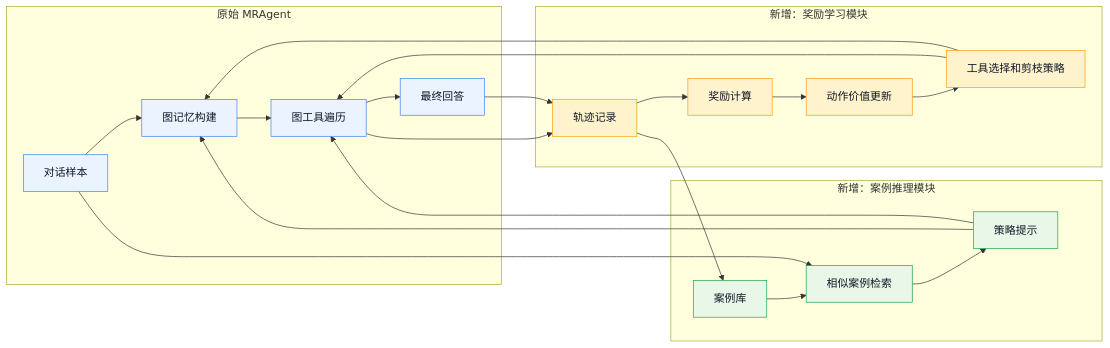
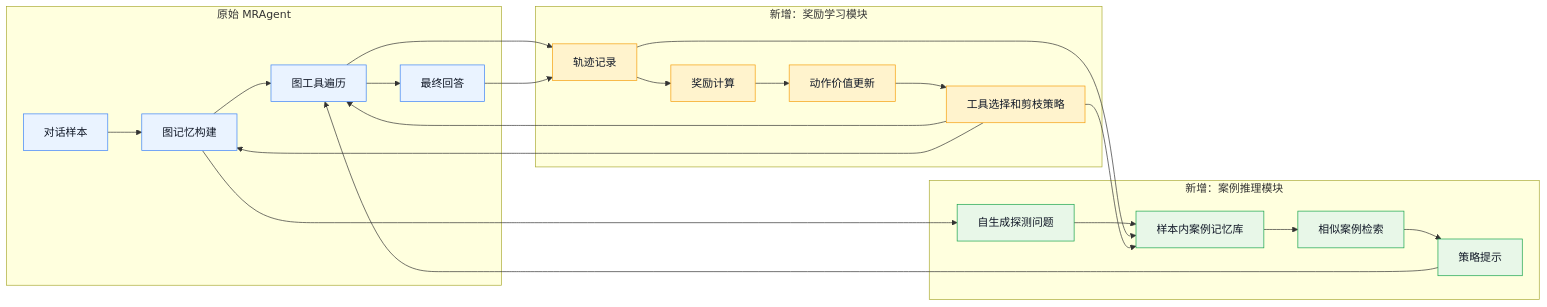
Before and after one commit to sunyia123/MRAgent-Reproduction: the fourth of 4 diagrams in reports/mragent_vlm_cbr_qlearning_design_20260702.md, drawn with Mermaid. The commit also changed other lines of this file, not shown here.

Commit message:
docs: refine CBR probe and Q-learning module design

````diff
--- a/reports/mragent_vlm_cbr_qlearning_design_20260702.md
+++ b/reports/mragent_vlm_cbr_qlearning_design_20260702.md
@@ -333,35 +403,36 @@
 ```mermaid
 flowchart LR
     subgraph 原始_MRAgent["原始 MRAgent"]
         A["对话样本"] --> B["图记忆构建"]
         B --> C["图工具遍历"]
         C --> D["最终回答"]
     end
 
     subgraph 新增_CBR["新增：案例推理模块"]
-        E["案例库"] --> F["相似案例检索"]
-        F --> G["策略提示"]
+        E["自生成探测问题"] --> F["样本内案例记忆库"]
+        F --> G["相似案例检索"]
+        G --> N["策略提示"]
     end
 
     subgraph 新增_Q学习["新增：奖励学习模块"]
         H["轨迹记录"] --> I["奖励计算"]
         I --> J["动作价值更新"]
         J --> K["工具选择和剪枝策略"]
     end
 
-    A --> F
-    G --> B
-    G --> C
+    B --> E
+    N --> C
     C --> H
     D --> H
+    H --> F
     K --> C
     K --> B
-    H --> E
+    K --> F
 
     classDef old fill:#eaf3ff,stroke:#3b82f6,color:#111827;
     classDef cbr fill:#e8f7e8,stroke:#16a34a,color:#111827;
     classDef q fill:#fff3cd,stroke:#f59e0b,color:#111827;
     class A,B,C,D old;
-    class E,F,G cbr;
+    class E,F,G,N cbr;
     class H,I,J,K q;
 ```
````
